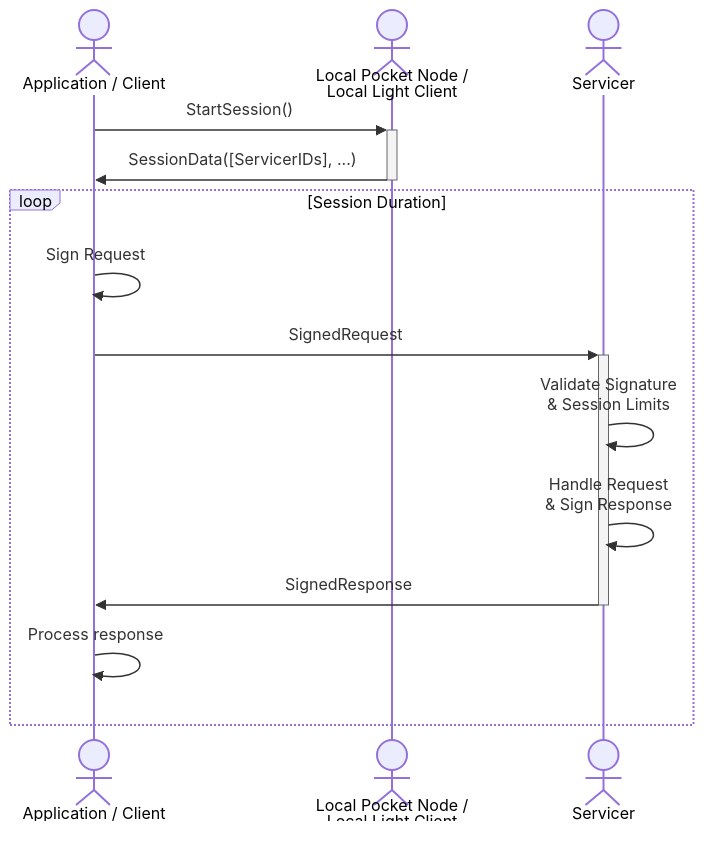
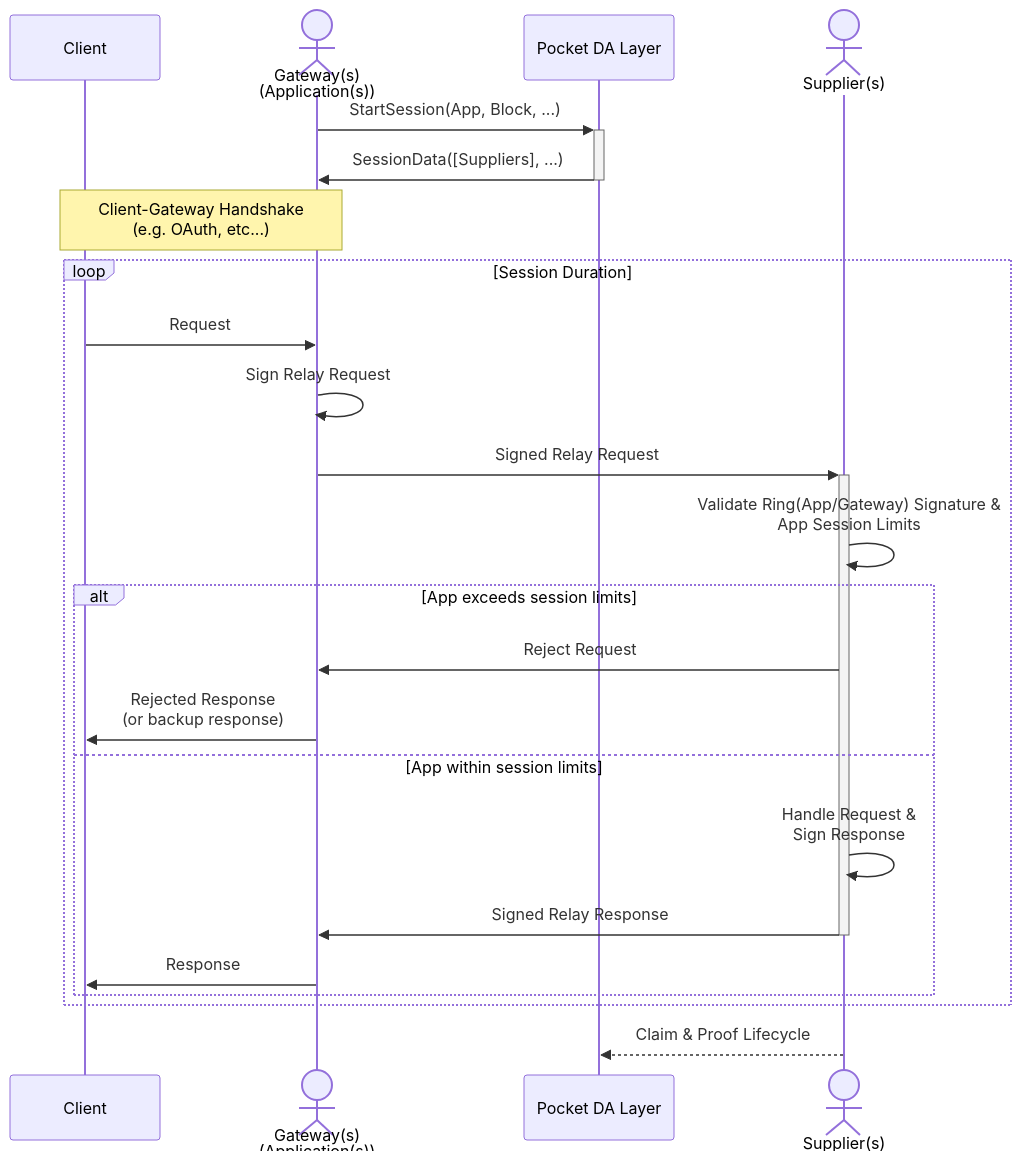
The third of 6 diagrams in docusaurus/docs/protocol/gateways.md (pokt-network/poktroll), drawn with Mermaid before and after one commit. The commit also changed other lines of this file and 3 other files, not shown here.

````diff
--- a/docusaurus/docs/protocol/gateways.md
+++ b/docusaurus/docs/protocol/gateways.md
@@ -61,20 +146,29 @@
 ```mermaid
 sequenceDiagram
-    actor AC as Application / Client
-    actor LN as Local Pocket Node / <br>Local Light Client
-    actor SN as Servicer
+    participant C as Client
+    actor G as Gateway(s) <br> (Application(s))
+    participant DA as Pocket DA Layer
+    actor S as Supplier(s)
 
-    AC ->> +LN: StartSession()
-    LN ->> -AC: SessionData([ServicerIDs], ...)
+    G ->> +DA: StartSession(App, Block, ...)
+    DA ->> -G: SessionData([Suppliers], ...)
+
+    note over C,G: Client-Gateway Handshake <br> (e.g. OAuth, etc...)
 
     loop Session Duration
-        AC ->> AC: Sign Request
+        C ->> G: Request
+        G ->> G: Sign Relay Request
+        G ->>+ S: Signed Relay Request
+        S ->> S: Validate Ring(App/Gateway) Signature & <br> App Session Limits
+        alt App exceeds session limits
+            S ->> G: Reject Request
+            G ->> C: Rejected Response <br>(or backup response)
+        else App within session limits
+            S ->> S: Handle Request &<br>Sign Response
+            S ->> -G: Signed Relay Response
+            G ->> C: Response
+        end
+    end
 
-        AC ->>+ SN: SignedRequest
-        SN ->> SN: Validate Signature<br>& Session Limits
-        SN ->> SN: Handle Request<br>& Sign Response
-        SN ->>- AC: SignedResponse
-
-        AC ->> AC: Process response
-    end
+    S -->> DA: Claim & Proof Lifecycle
 ```
````
